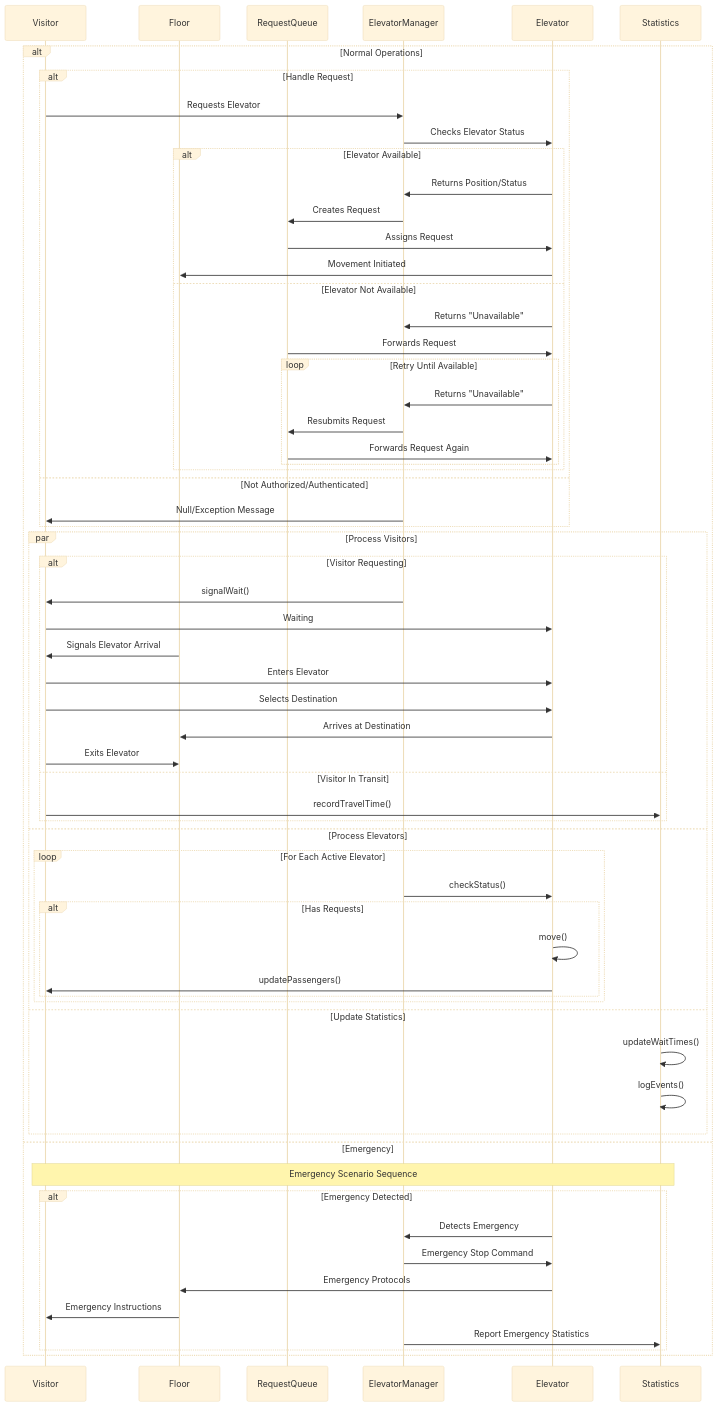
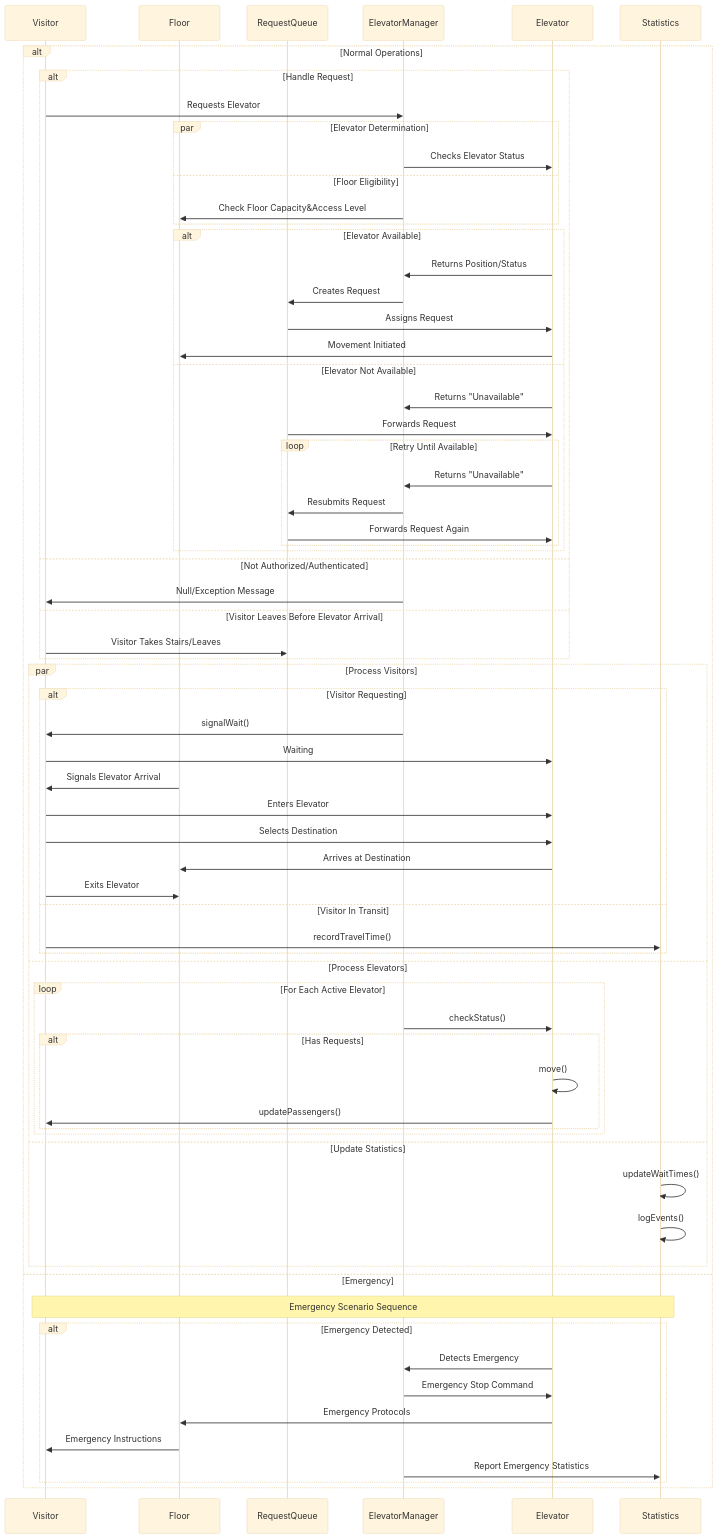
Before and after one commit to TheFakeLorLyons/elevators-visitors-state-diagrams: the diagram in root/visible_on_github/elevator_ride_sequence.md, drawn with Mermaid (base theme). The commit also changed 7 other files, not shown here.

Commit message:
Refining the diagrams and made the buttons to move the sliders a constant size.

````diff
--- a/root/visible_on_github/elevator_ride_sequence.md
+++ b/root/visible_on_github/elevator_ride_sequence.md
@@ -1,73 +1,79 @@
 ```mermaid
 sequenceDiagram
     participant V as Visitor
     participant F as Floor
     participant RQ as RequestQueue
     participant EM as ElevatorManager
     participant E as Elevator
     participant Stats as Statistics
 
     alt Normal Operations
         alt Handle Request
             V->>EM: Requests Elevator
 
-            EM->>E: Checks Elevator Status
+            par Elevator Determination
+                EM->>E: Checks Elevator Status
+            and Floor Eligibility
+                EM->>F: Check Floor Capacity&Access Level
+            end
 
             alt Elevator Available
                 E->>EM: Returns Position/Status
                 EM->>RQ: Creates Request
                 RQ->>E: Assigns Request
                 E->>F: Movement Initiated
             else Elevator Not Available
                 E->>EM: Returns "Unavailable"
                 RQ->>E: Forwards Request
                 loop Retry Until Available
                     E->>EM: Returns "Unavailable"
                     EM->>RQ: Resubmits Request
                     RQ->>E: Forwards Request Again
                 end
             end
         else Not Authorized/Authenticated
-            EM->>V: Null/Exception Message 
+            EM->>V: Null/Exception Message
+        else Visitor Leaves Before Elevator Arrival
+            V->>RQ: Visitor Takes Stairs/Leaves           
         end
         
         par Process Visitors
             alt Visitor Requesting
                 EM->>V: signalWait()
                 V->>E: Waiting
 
                 F->>V: Signals Elevator Arrival
                 V->>E: Enters Elevator
                 
                 V->>E: Selects Destination
                 E->>F: Arrives at Destination
                 V->>F: Exits Elevator
             else Visitor In Transit
                 V->>Stats: recordTravelTime()
             end
         
         and Process Elevators
             loop For Each Active Elevator
                 EM->>E: checkStatus()
                 alt Has Requests
                     E->>E: move()
                     E->>V: updatePassengers()
                 end
             end
         
         and Update Statistics
             Stats->>Stats: updateWaitTimes()
             Stats->>Stats: logEvents()
         end
         
         else Emergency
         Note over V,Stats: Emergency Scenario Sequence
         alt Emergency Detected
             E->>EM: Detects Emergency
             EM->>E: Emergency Stop Command
             E->>F: Emergency Protocols
             F->>V: Emergency Instructions
             EM->>Stats: Report Emergency Statistics
         end
     end
 ```
````
